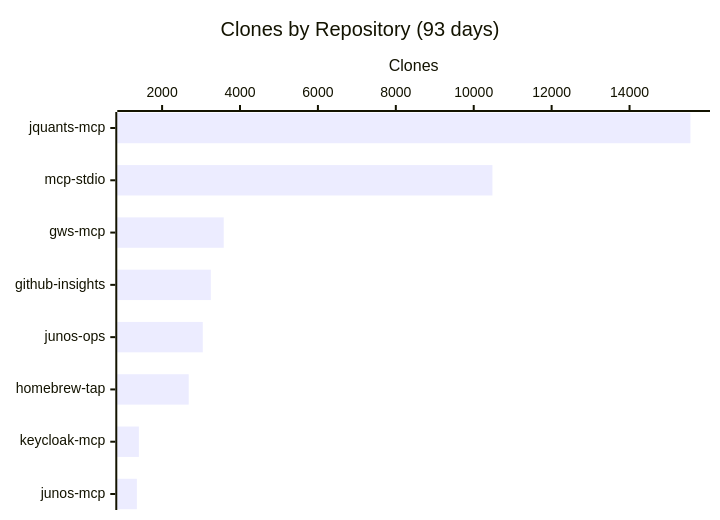
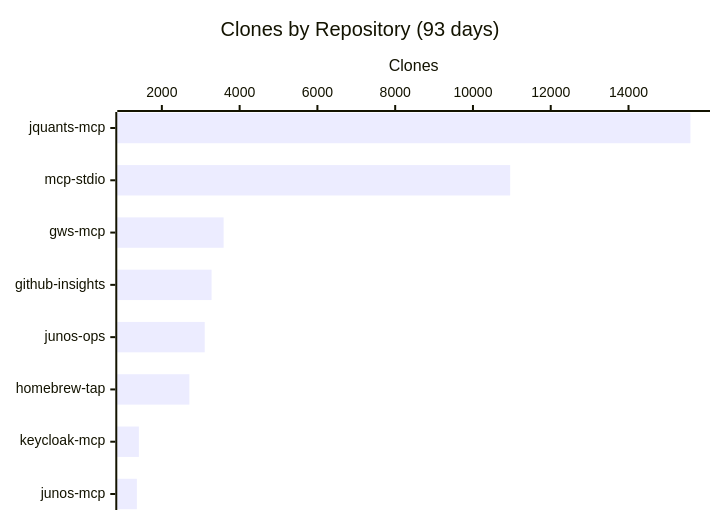
Before and after one commit to shigechika/github-insights: the third of 3 diagrams in README.md, drawn with Mermaid. The commit also changed other lines of this file and 2 other files, not shown here.

````diff
--- a/README.md
+++ b/README.md
@@ -43,7 +43,7 @@
 ```mermaid
 xychart-beta horizontal
     title "Clones by Repository (93 days)"
     x-axis ["jquants-mcp", "mcp-stdio", "gws-mcp", "github-insights", "junos-ops", "homebrew-tap", "keycloak-mcp", "junos-mcp"]
     y-axis "Clones"
-    bar [15563, 10480, 3582, 3251, 3044, 2683, 1404, 1352]
+    bar [15592, 10957, 3588, 3278, 3102, 2708, 1409, 1357]
 ```
````
